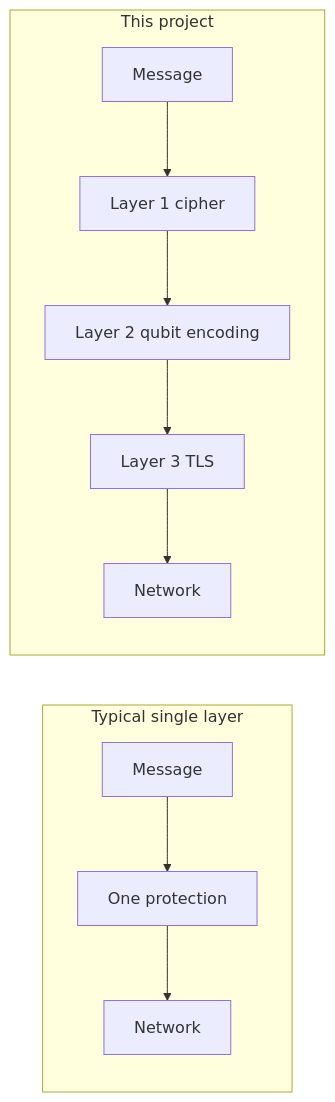
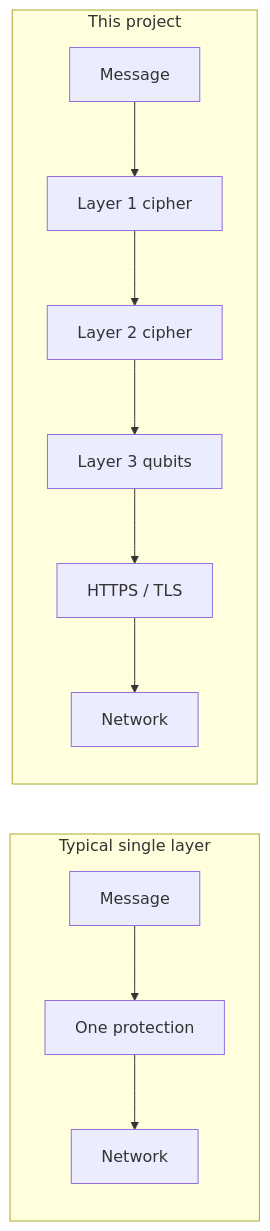
One commit to MrShadow009/Hybrid-Classical-Quantum-Secure-Messaging-Prototype changed diagram 14 of 20 in README.md. Above: the diagram before and after it, drawn with Mermaid. The commit also changed other lines of this file, not shown here.

````diff
--- a/README.md
+++ b/README.md
@@ -905,9 +926,9 @@
 ```mermaid
 flowchart LR
     subgraph ONE["Typical single layer"]
         X["Message"] --> Y["One protection"] --> Z["Network"]
     end
     subgraph THREE["This project"]
-        M["Message"] --> A1["Layer 1 cipher"] --> A2["Layer 2 qubit encoding"] --> A3["Layer 3 TLS"] --> N["Network"]
+        M["Message"] --> A1["Layer 1 cipher"] --> A2["Layer 2 cipher"] --> A3["Layer 3 qubits"] --> A4["HTTPS / TLS"] --> N["Network"]
     end
 ```
````
